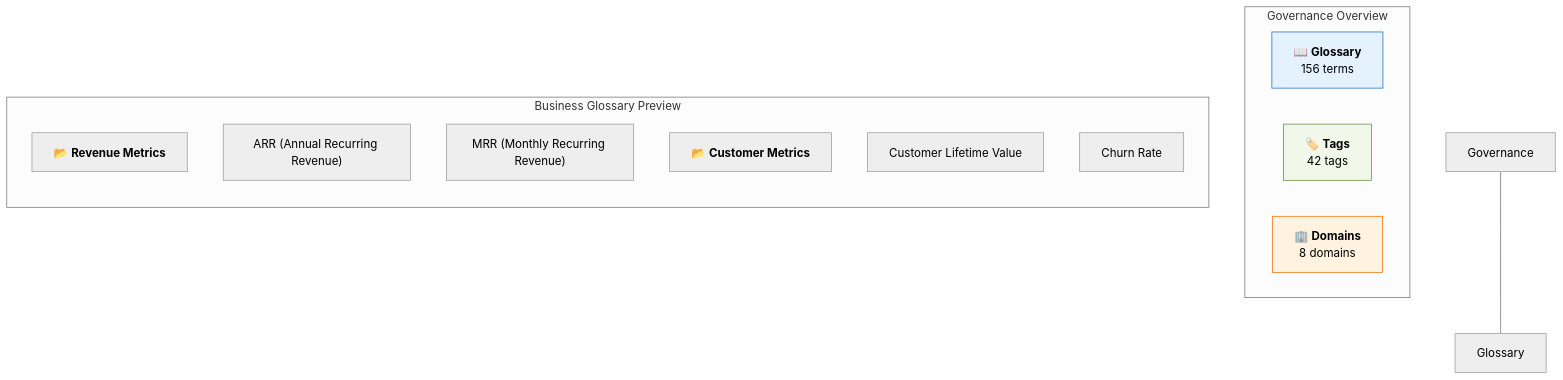
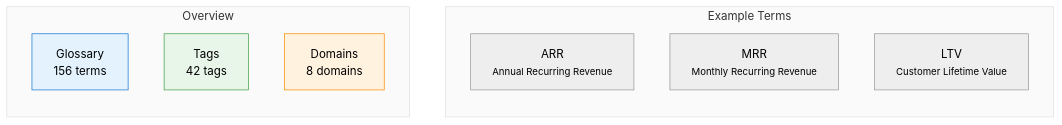
The sixth of 8 diagrams in docs/tutorial-basics/ui-tour.md (karan0207/datahub), drawn with Mermaid (neutral theme) before and after one commit. The commit also changed other lines of this file and 7 other files, not shown here.

Commit message:
feat: updated graph chart

````diff
--- a/docs/tutorial-basics/ui-tour.md
+++ b/docs/tutorial-basics/ui-tour.md
@@ -193,26 +162,22 @@
 ```mermaid
-graph TD
-    subgraph "Governance Overview"
-        direction LR
-        G1["📖 <b>Glossary</b><br/>156 terms"]
-        G2["🏷️ <b>Tags</b><br/>42 tags"]
-        G3["🏢 <b>Domains</b><br/>8 domains"]
+flowchart LR
+    subgraph STATS[Overview]
+        G1["Glossary<br/>156 terms"]
+        G2["Tags<br/>42 tags"]
+        G3["Domains<br/>8 domains"]
     end
 
-    subgraph "Business Glossary Preview"
-        direction TB
-        T1["📂 <b>Revenue Metrics</b>"]
-        T1.1["ARR (Annual Recurring Revenue)"]
-        T1.2["MRR (Monthly Recurring Revenue)"]
-        
-        T2["📂 <b>Customer Metrics</b>"]
-        T2.1["Customer Lifetime Value"]
-        T2.2["Churn Rate"]
+    subgraph TERMS[Example Terms]
+        T1["ARR<br/><small>Annual Recurring Revenue</small>"]
+        T2["MRR<br/><small>Monthly Recurring Revenue</small>"]
+        T3["LTV<br/><small>Customer Lifetime Value</small>"]
     end
 
-    Governance --- Glossary
-    
-    style G1 fill:#e3f2fd,stroke:#1565c0
-    style G2 fill:#f1f8e9,stroke:#558b2f
-    style G3 fill:#fff3e0,stroke:#ef6c00
+    STATS ~~~ TERMS
+
+    style STATS fill:#fafafa,stroke:#e0e0e0
+    style G1 fill:#e3f2fd,stroke:#1976d2
+    style G2 fill:#e8f5e9,stroke:#43a047
+    style G3 fill:#fff3e0,stroke:#fb8c00
+    style TERMS fill:#fafafa,stroke:#e0e0e0
 ```
````
